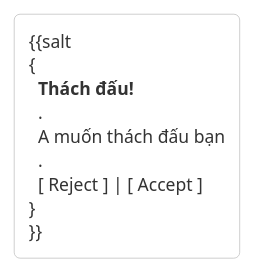
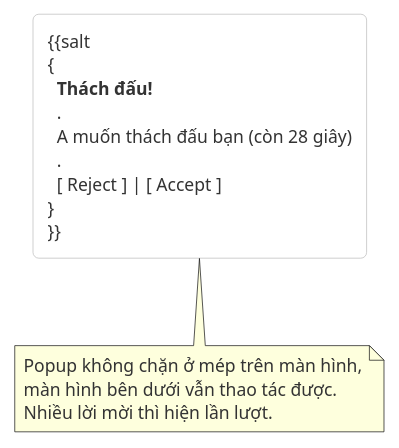
Before and after one commit to VattenL/mobile-pikachu: the diagram in docs/uml/pha3/ui-m4-invitation.puml, drawn with PlantUML. The commit also changed 73 other files, not shown here.

```diff
--- a/docs/uml/pha3/ui-m4-invitation.puml
+++ b/docs/uml/pha3/ui-m4-invitation.puml
@@ -1,22 +1,28 @@
 @startuml ui-m4-invitation
 skinparam shadowing false
 skinparam defaultFontSize 12
 skinparam defaultFontColor #333333
 skinparam rectangle {
   BackgroundColor #FFFFFF
   BorderColor #BDBDBD
   RoundCorner 8
 }
 
 rectangle Invite [
 {{salt
 {
   <b>Thách đấu!
   .
-  A muốn thách đấu bạn
+  A muốn thách đấu bạn (còn 28 giây)
   .
   [ Reject ] | [ Accept ]
 }
 }}
 ]
+
+note bottom of Invite
+  Popup không chặn ở mép trên màn hình,
+  màn hình bên dưới vẫn thao tác được.
+  Nhiều lời mời thì hiện lần lượt.
+end note
 @enduml
```
